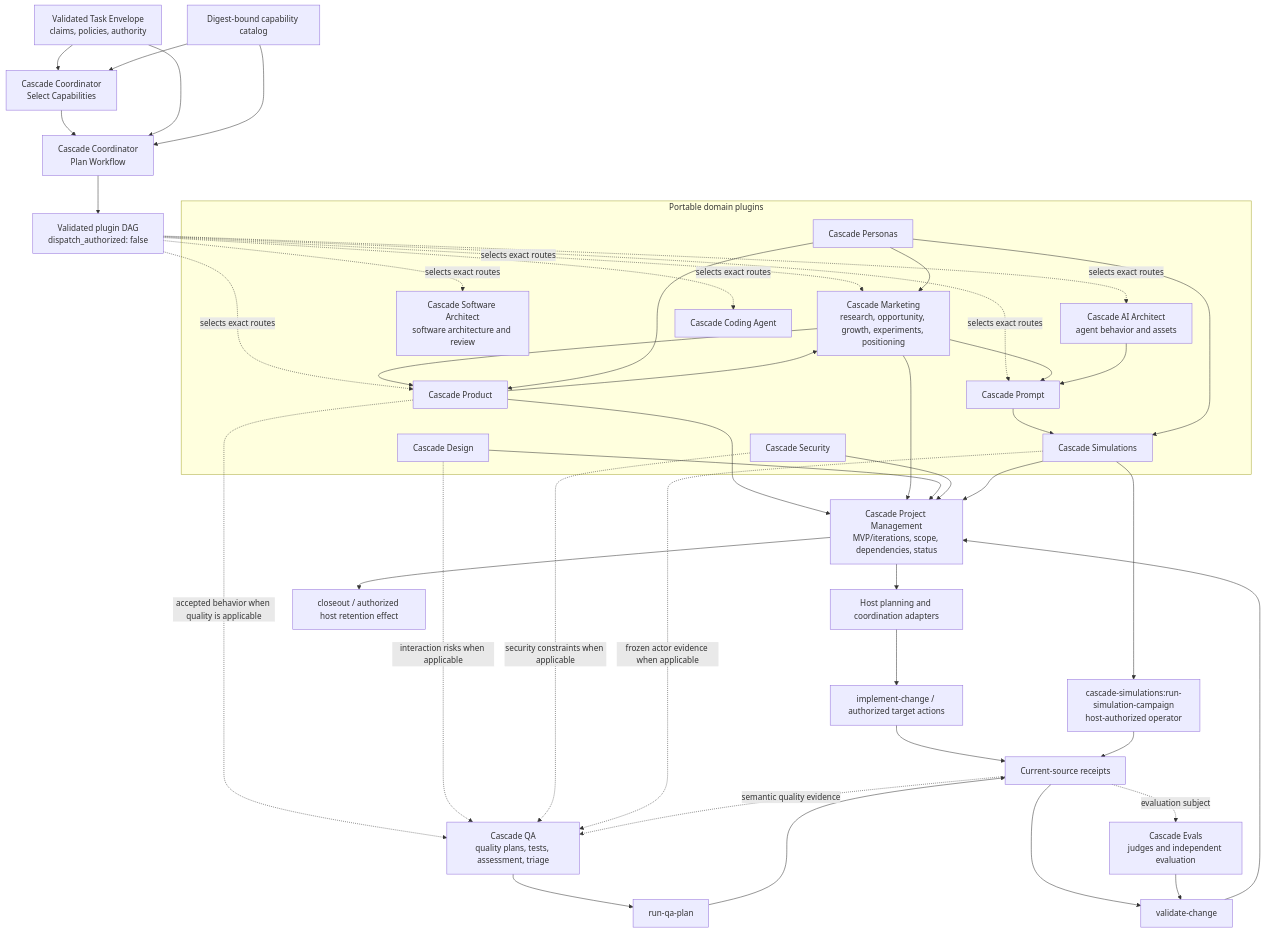
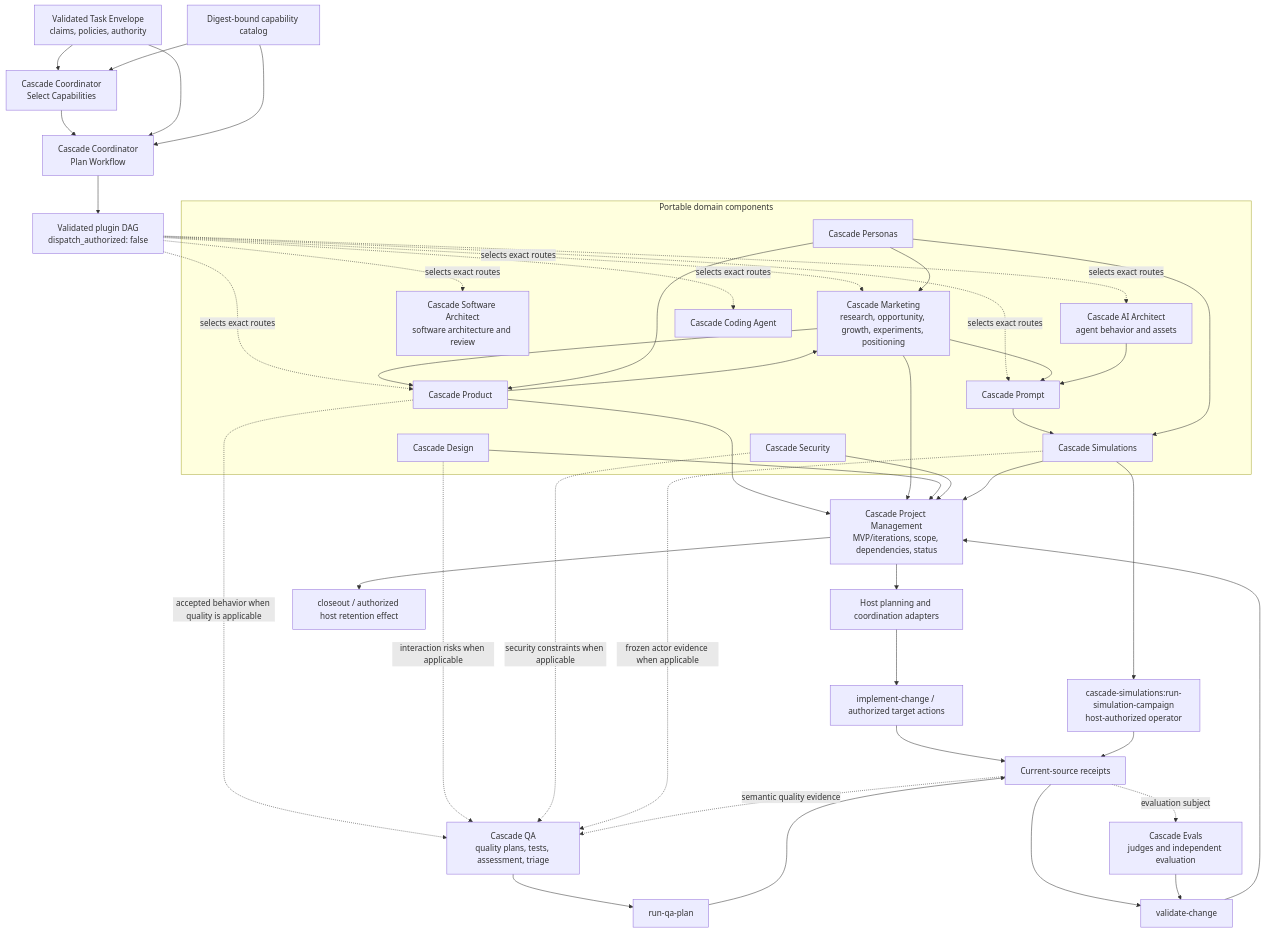
One commit to oleksandr-rud/cascade-codex changed the diagram in docs/patterns/workflow/plugin-orchestration.md. Above: the diagram before and after it, drawn with Mermaid. The commit also changed other lines of this file and 28 other files, not shown here.

````diff
--- a/docs/patterns/workflow/plugin-orchestration.md
+++ b/docs/patterns/workflow/plugin-orchestration.md
@@ -11,72 +11,72 @@
 ```mermaid
 flowchart TB
     TE[Validated Task Envelope<br/>claims, policies, authority]
     CAT[Digest-bound capability catalog]
     CS[Cascade Coordinator<br/>Select Capabilities]
     PW[Cascade Coordinator<br/>Plan Workflow]
     DAG[Validated plugin DAG<br/>dispatch_authorized: false]
 
     TE --> CS
     CAT --> CS
     CS --> PW
     TE --> PW
     CAT --> PW
     PW --> DAG
 
-    subgraph Domain[Portable domain plugins]
+    subgraph Domain[Portable domain components]
         M[Cascade Marketing<br/>research, opportunity, growth, experiments, positioning]
         P[Cascade Product]
         PE[Cascade Personas]
         D[Cascade Design]
         S[Cascade Security]
         AP[Cascade Prompt]
         SA[Cascade Software Architect<br/>software architecture and review]
         AIA[Cascade AI Architect<br/>agent behavior and assets]
         HE[Cascade Coding Agent]
         SIM[Cascade Simulations]
     end
 
     PM[Cascade Project Management<br/>MVP/iterations, scope, dependencies, status]
     QA[Cascade QA<br/>quality plans, tests, assessment, triage]
     EV[Cascade Evals<br/>judges and independent evaluation]
 
     DAG -. selects exact routes .-> M
     DAG -. selects exact routes .-> P
     DAG -. selects exact routes .-> SA
     DAG -. selects exact routes .-> AIA
     DAG -. selects exact routes .-> AP
     DAG -. selects exact routes .-> HE
 
     M --> P
     PE --> P
     P --> M
     PE --> M
     M --> AP
     AIA --> AP
     P --> PM
     M --> PM
     D --> PM
     S --> PM
     AP --> SIM
     PE --> SIM
     SIM --> PM
 
     P -. accepted behavior when quality is applicable .-> QA
     D -. interaction risks when applicable .-> QA
     S -. security constraints when applicable .-> QA
     SIM -. frozen actor evidence when applicable .-> QA
 
     PM --> PLAN[Host planning and coordination adapters]
     PLAN --> IMPL[implement-change / authorized target actions]
     QA --> RUNQA[run-qa-plan]
     SIM --> RUNSIM[cascade-simulations:run-simulation-campaign<br/>host-authorized operator]
     IMPL --> RECEIPTS[Current-source receipts]
     RUNQA --> RECEIPTS
     RUNSIM --> RECEIPTS
     RECEIPTS --> VALIDATE[validate-change]
     RECEIPTS -. semantic quality evidence .-> QA
     RECEIPTS -. evaluation subject .-> EV
     EV --> VALIDATE
     VALIDATE --> PM
     PM --> CLOSE[closeout / authorized host retention effect]
 ```
````
